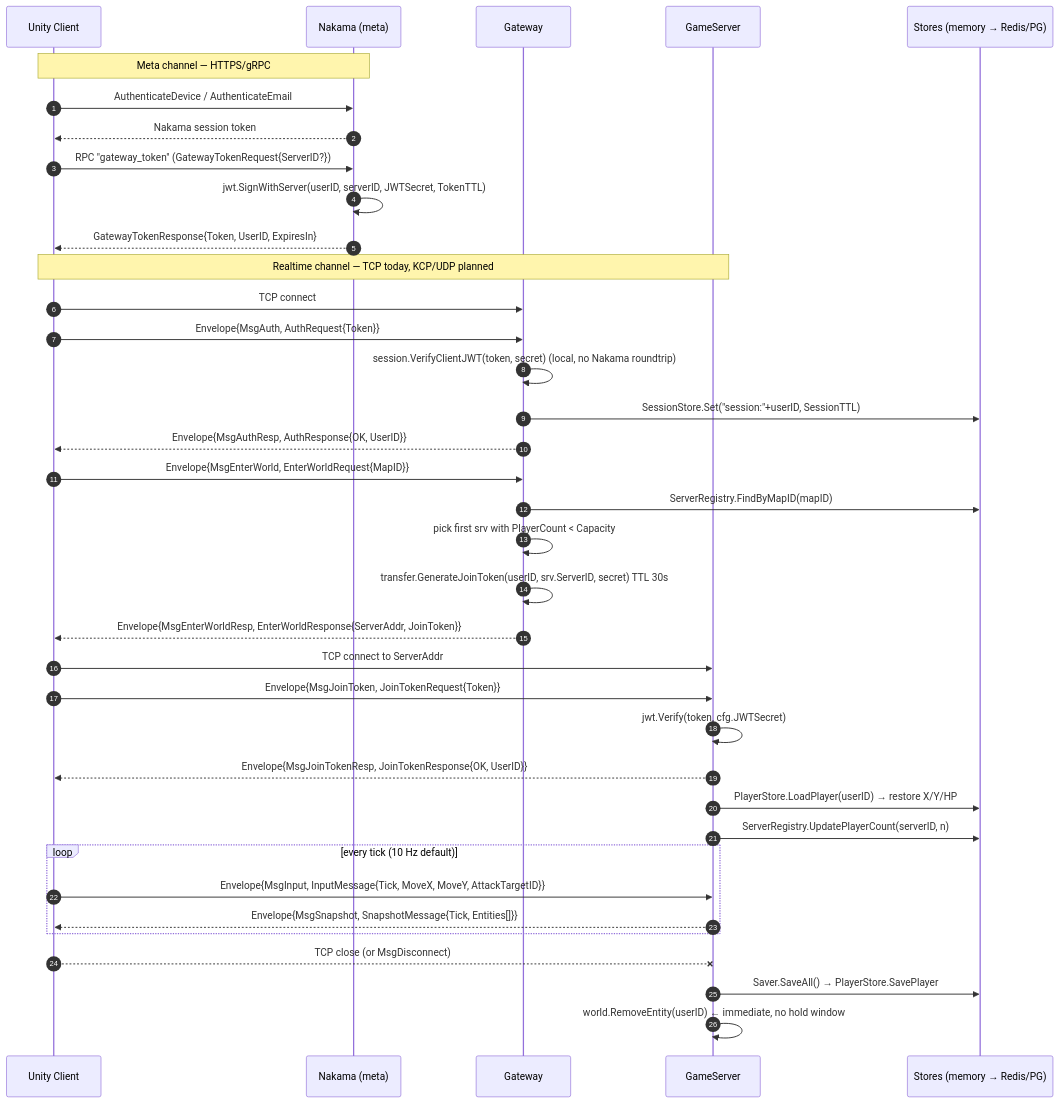
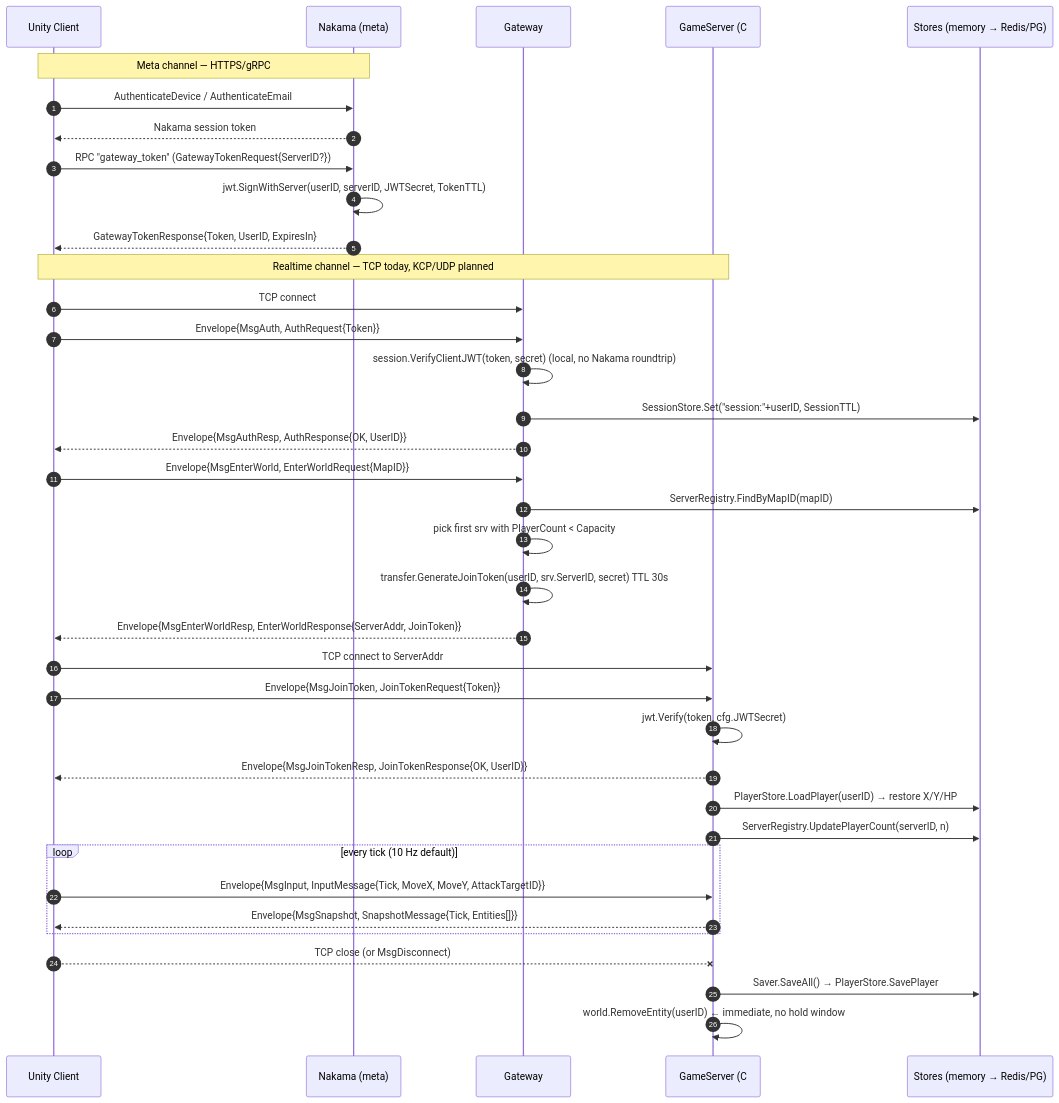
Before and after one commit to Cuvara/rpg-mmo-server: the diagram in backend/docs/CORE_FLOW.md, drawn with Mermaid. The commit also changed other lines of this file and 58 other files, not shown here.

````diff
--- a/backend/docs/CORE_FLOW.md
+++ b/backend/docs/CORE_FLOW.md
@@ -25,45 +33,45 @@
 ```mermaid
 sequenceDiagram
     autonumber
     participant C as Unity Client
     participant N as Nakama (meta)
     participant GW as Gateway
-    participant GS as GameServer
+    participant GS as GameServer (C# .NET 10)
     participant ST as Stores (memory → Redis/PG)
 
     Note over C,N: Meta channel — HTTPS/gRPC
     C->>N: AuthenticateDevice / AuthenticateEmail
     N-->>C: Nakama session token
     C->>N: RPC "gateway_token" (GatewayTokenRequest{ServerID?})
     N->>N: jwt.SignWithServer(userID, serverID, JWTSecret, TokenTTL)
     N-->>C: GatewayTokenResponse{Token, UserID, ExpiresIn}
 
     Note over C,GS: Realtime channel — TCP today, KCP/UDP planned
     C->>GW: TCP connect
     C->>GW: Envelope{MsgAuth, AuthRequest{Token}}
     GW->>GW: session.VerifyClientJWT(token, secret)  (local, no Nakama roundtrip)
     GW->>ST: SessionStore.Set("session:"+userID, SessionTTL)
     GW-->>C: Envelope{MsgAuthResp, AuthResponse{OK, UserID}}
 
     C->>GW: Envelope{MsgEnterWorld, EnterWorldRequest{MapID}}
     GW->>ST: ServerRegistry.FindByMapID(mapID)
     GW->>GW: pick first srv with PlayerCount < Capacity
     GW->>GW: transfer.GenerateJoinToken(userID, srv.ServerID, secret)  TTL 30s
     GW-->>C: Envelope{MsgEnterWorldResp, EnterWorldResponse{ServerAddr, JoinToken}}
 
     C->>GS: TCP connect to ServerAddr
     C->>GS: Envelope{MsgJoinToken, JoinTokenRequest{Token}}
     GS->>GS: jwt.Verify(token, cfg.JWTSecret)
     GS-->>C: Envelope{MsgJoinTokenResp, JoinTokenResponse{OK, UserID}}
     GS->>ST: PlayerStore.LoadPlayer(userID) → restore X/Y/HP
     GS->>ST: ServerRegistry.UpdatePlayerCount(serverID, n)
 
     loop every tick (10 Hz default)
         C->>GS: Envelope{MsgInput, InputMessage{Tick, MoveX, MoveY, AttackTargetID}}
         GS-->>C: Envelope{MsgSnapshot, SnapshotMessage{Tick, Entities[]}}
     end
 
     C--xGS: TCP close (or MsgDisconnect)
     GS->>ST: Saver.SaveAll() → PlayerStore.SavePlayer
     GS->>GS: world.RemoveEntity(userID)   ← immediate, no hold window
 ```
````
